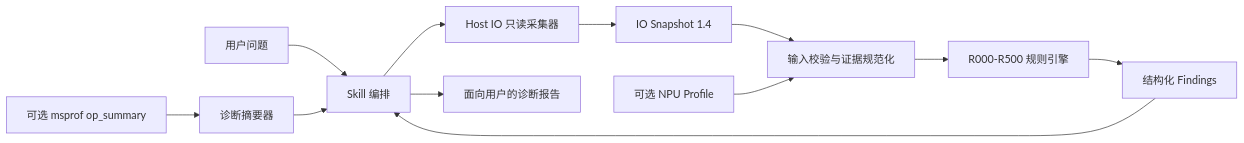
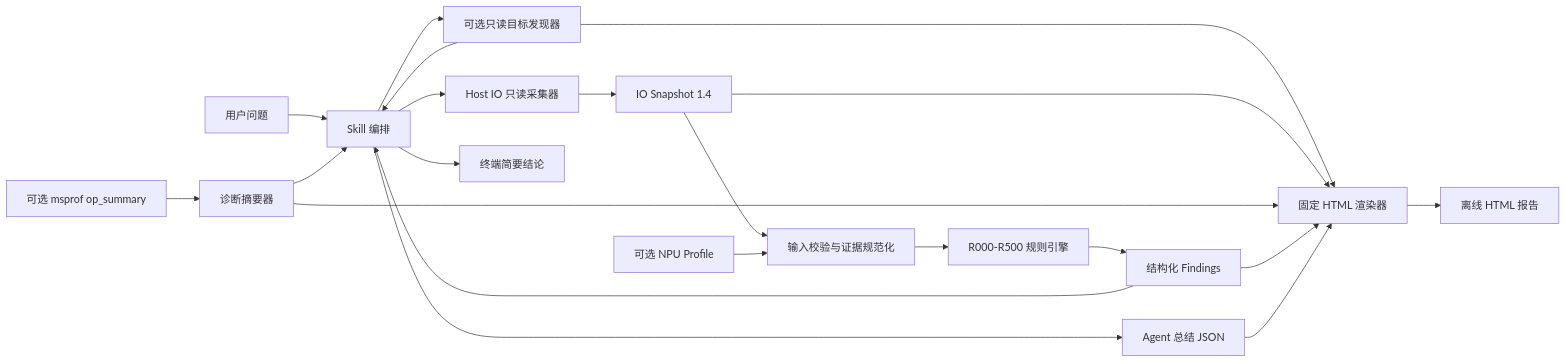
Before and after one commit to Krusty84/msagent: the second of 2 diagrams in docs/mindstudio-storage-analysis-design.md, drawn with Mermaid. The commit also changed other lines of this file and 27 other files, not shown here.

````diff
--- a/docs/mindstudio-storage-analysis-design.md
+++ b/docs/mindstudio-storage-analysis-design.md
@@ -36,14 +155,23 @@
 ```mermaid
 flowchart LR
     U[用户问题] --> A[Skill 编排]
+    A --> T[可选只读目标发现器]
+    T --> A
     A --> C[Host IO 只读采集器]
     C --> S[IO Snapshot 1.4]
     S --> V[输入校验与证据规范化]
     P[可选 NPU Profile] --> V
     M[可选 msprof op_summary] --> D[诊断摘要器]
     D --> A
     V --> R[R000-R500 规则引擎]
     R --> F[结构化 Findings]
     F --> A
-    A --> O[面向用户的诊断报告]
+    A --> J[Agent 总结 JSON]
+    T --> H[固定 HTML 渲染器]
+    S --> H
+    D --> H
+    F --> H
+    J --> H
+    H --> O[离线 HTML 报告]
+    A --> X[终端简要结论]
 ```
````
